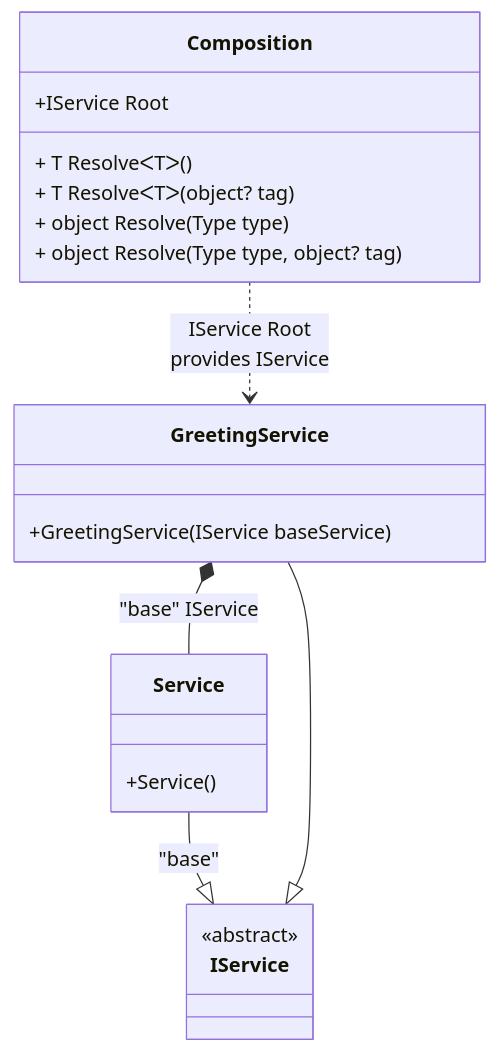
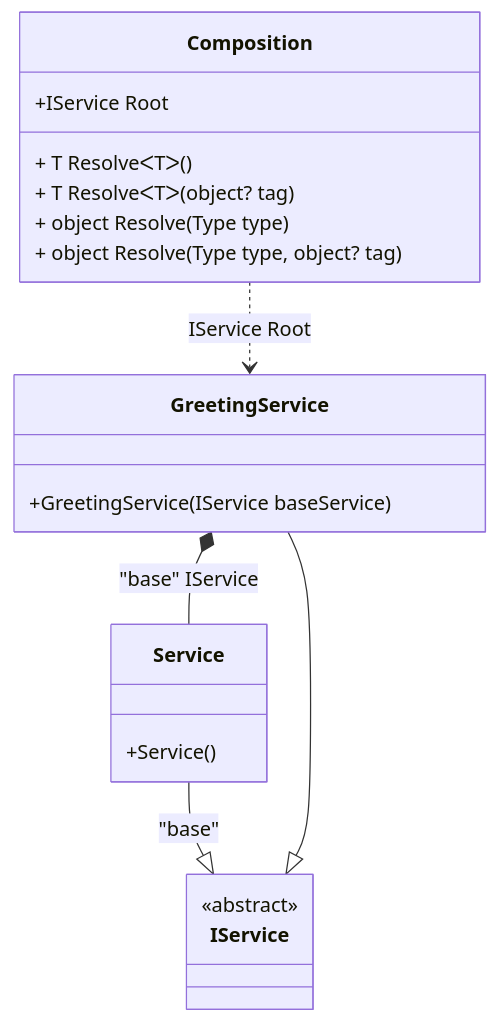
The diagram in readme/decorator.md (DevTeam/Pure.DI), drawn with Mermaid before and after one commit. The commit also changed other lines of this file and 74 other files, not shown here.

````diff
--- a/readme/decorator.md
+++ b/readme/decorator.md
@@ -35,23 +35,23 @@
 ```mermaid
 classDiagram
   class Composition {
     +IService Root
     + T ResolveᐸTᐳ()
     + T ResolveᐸTᐳ(object? tag)
     + object Resolve(Type type)
     + object Resolve(Type type, object? tag)
   }
   Service --|> IService : "base" 
   class Service {
     +Service()
   }
   GreetingService --|> IService : 
   class GreetingService {
     +GreetingService(IService baseService)
   }
   class IService {
     <<abstract>>
   }
   GreetingService *--  Service : "base"  IService
-  Composition ..> GreetingService : IService Root<br/>provides IService
+  Composition ..> GreetingService : IService Root
 ```
````
